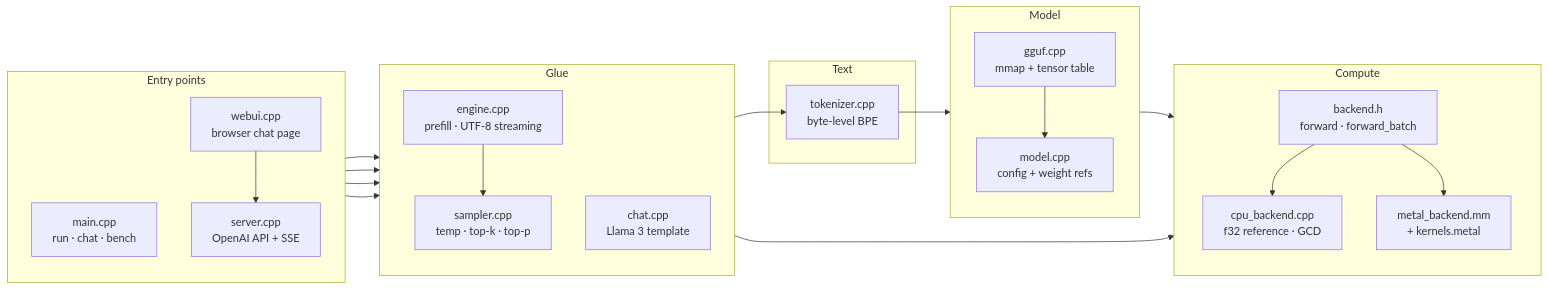
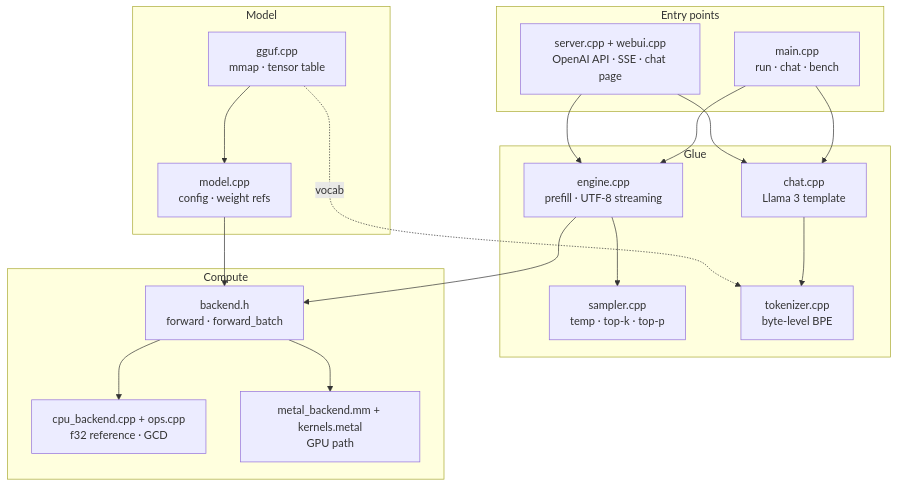
The first of 3 diagrams in README.md (amit456218/inference-agent), drawn with Mermaid before and after one commit.

Commit message:
README: top-to-bottom architecture diagram so GitHub renders it larger

````diff
--- a/README.md
+++ b/README.md
@@ -119,47 +119,34 @@
 ```mermaid
-flowchart LR
+flowchart TB
     subgraph Entry["Entry points"]
-        direction TB
         CLI["main.cpp<br/>run · chat · bench"]
-        SRV["server.cpp<br/>OpenAI API + SSE"]
-        UI["webui.cpp<br/>browser chat page"]
-        UI --> SRV
+        SRV["server.cpp + webui.cpp<br/>OpenAI API · SSE · chat page"]
     end
-
     subgraph Glue["Glue"]
-        direction TB
         ENG["engine.cpp<br/>prefill · UTF-8 streaming"]
         CHAT["chat.cpp<br/>Llama 3 template"]
         SAMP["sampler.cpp<br/>temp · top-k · top-p"]
-    end
-
-    subgraph Text["Text"]
         TOK["tokenizer.cpp<br/>byte-level BPE"]
     end
-
     subgraph ModelL["Model"]
-        direction TB
-        GGUF["gguf.cpp<br/>mmap + tensor table"]
-        MODEL["model.cpp<br/>config + weight refs"]
-        GGUF --> MODEL
+        GGUF["gguf.cpp<br/>mmap · tensor table"]
+        MODEL["model.cpp<br/>config · weight refs"]
     end
-
     subgraph Compute["Compute"]
-        direction TB
         BE["backend.h<br/>forward · forward_batch"]
-        CPU["cpu_backend.cpp<br/>f32 reference · GCD"]
-        MTL["metal_backend.mm<br/>+ kernels.metal"]
-        BE --> CPU
-        BE --> MTL
+        CPU["cpu_backend.cpp + ops.cpp<br/>f32 reference · GCD"]
+        MTL["metal_backend.mm + kernels.metal<br/>GPU path"]
     end
-
     CLI --> ENG
     SRV --> ENG
     CLI --> CHAT
     SRV --> CHAT
     CHAT --> TOK
+    ENG --> SAMP
     ENG --> BE
-    ENG --> SAMP
-    TOK --> GGUF
+    GGUF --> MODEL
+    GGUF -.->|vocab| TOK
     MODEL --> BE
+    BE --> CPU
+    BE --> MTL
 ```
````
